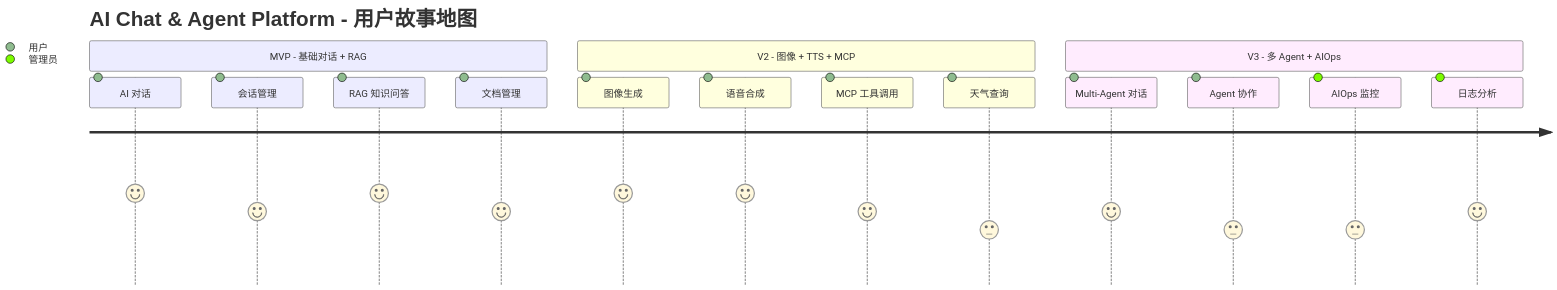
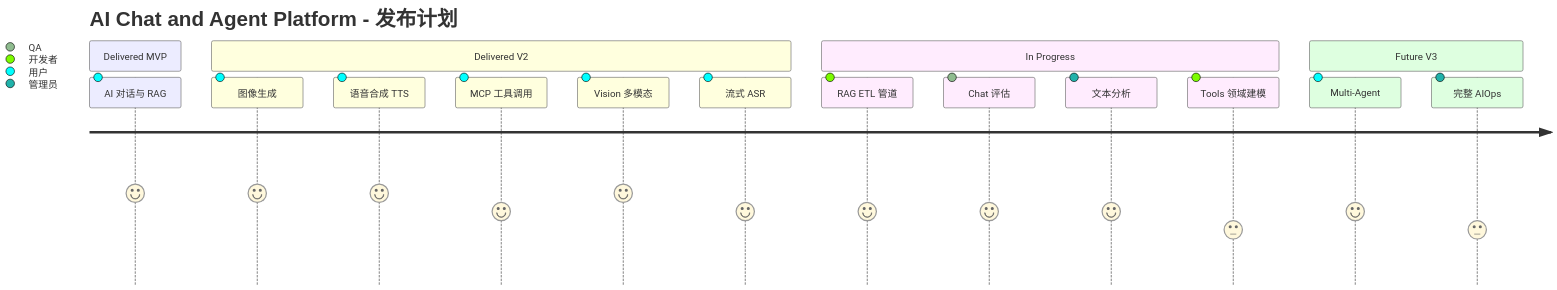
Before and after one commit to felixzhu97/explore-ai: the first of 14 diagrams in docs/User-Story-Map.md, drawn with Mermaid. The commit also changed other lines of this file and 13 other files, not shown here.

````diff
--- a/docs/User-Story-Map.md
+++ b/docs/User-Story-Map.md
@@ -9,19 +11,20 @@
 ```mermaid
 journey
-    title AI Chat & Agent Platform - 用户故事地图
-    section MVP - 基础对话 + RAG
-        AI 对话: 5: 用户
-        会话管理: 4: 用户
-        RAG 知识问答: 5: 用户
-        文档管理: 4: 用户
-    section V2 - 图像 + TTS + MCP
+    title AI Chat and Agent Platform - 发布计划
+    section Delivered MVP
+        AI 对话与 RAG: 5: 用户
+    section Delivered V2
         图像生成: 5: 用户
-        语音合成: 5: 用户
+        语音合成 TTS: 5: 用户
         MCP 工具调用: 4: 用户
-        天气查询: 3: 用户
-    section V3 - 多 Agent + AIOps
-        Multi-Agent 对话: 4: 用户
-        Agent 协作: 3: 用户
-        AIOps 监控: 3: 管理员
-        日志分析: 4: 管理员
+        Vision 多模态: 5: 用户
+        流式 ASR: 4: 用户
+    section In Progress
+        RAG ETL 管道: 4: 开发者
+        Chat 评估: 4: QA
+        文本分析: 4: 管理员
+        Tools 领域建模: 3: 开发者
+    section Future V3
+        Multi-Agent: 4: 用户
+        完整 AIOps: 3: 管理员
 ```
````
